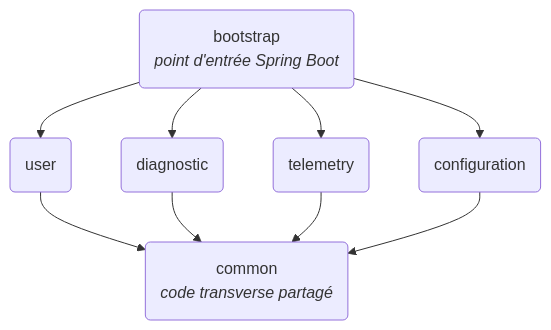
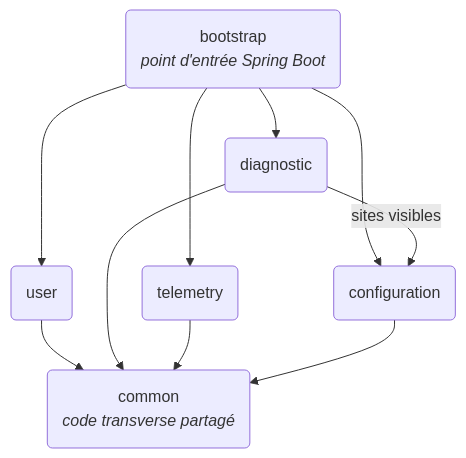
One commit to enervision-project/smart-energy-optimizer changed the diagram in services/core-api/README.md. Above: the diagram before and after it, drawn with Mermaid. The commit also changed other lines of this file and 7 other files, not shown here.

````diff
--- a/services/core-api/README.md
+++ b/services/core-api/README.md
@@ -9,18 +9,19 @@
 ```mermaid
 flowchart TD
     APP("bootstrap<br/><i>point d'entrée Spring Boot</i>")
     USER("user")
     DIAG("diagnostic")
     TELEM("telemetry")
     CONF("configuration")
     COMMON("common<br/><i>code transverse partagé</i>")
 
     APP --> USER
     APP --> DIAG
     APP --> TELEM
     APP --> CONF
+    DIAG -->|sites visibles| CONF
     USER --> COMMON
     DIAG --> COMMON
     TELEM --> COMMON
     CONF --> COMMON
 ```
````
